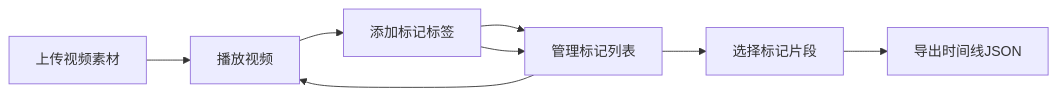
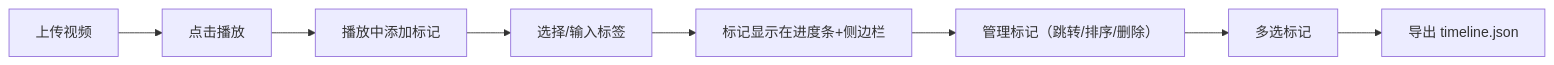
One commit to NUDT-ZSL/Solo changed the diagram in cp3_6.17_auto6/.trae/documents/PRD.md. Above: the diagram before and after it, drawn with Mermaid. The commit also changed other lines of this file and 26 other files, not shown here.

````diff
--- a/cp3_6.17_auto6/.trae/documents/PRD.md
+++ b/cp3_6.17_auto6/.trae/documents/PRD.md
@@ -44,10 +31,10 @@
 ```mermaid
 flowchart LR
-    A["上传视频素材"] --> B["播放视频"]
-    B --> C["添加标记标签"]
-    C --> D["管理标记列表"]
-    D --> E["选择标记片段"]
-    E --> F["导出时间线JSON"]
-    C --> D
-    D --> B
+    A["上传视频"] --> B["点击播放"]
+    B --> C["播放中添加标记"]
+    C --> D["选择/输入标签"]
+    D --> E["标记显示在进度条+侧边栏"]
+    E --> F["管理标记（跳转/排序/删除）"]
+    F --> G["多选标记"]
+    G --> H["导出 timeline.json"]
 ```
````
